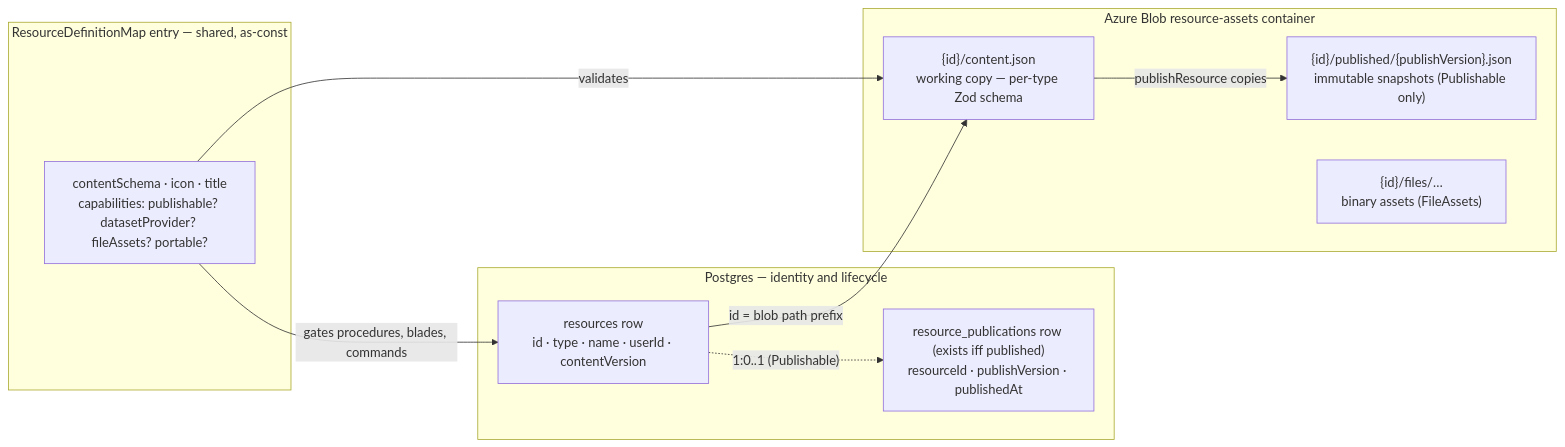
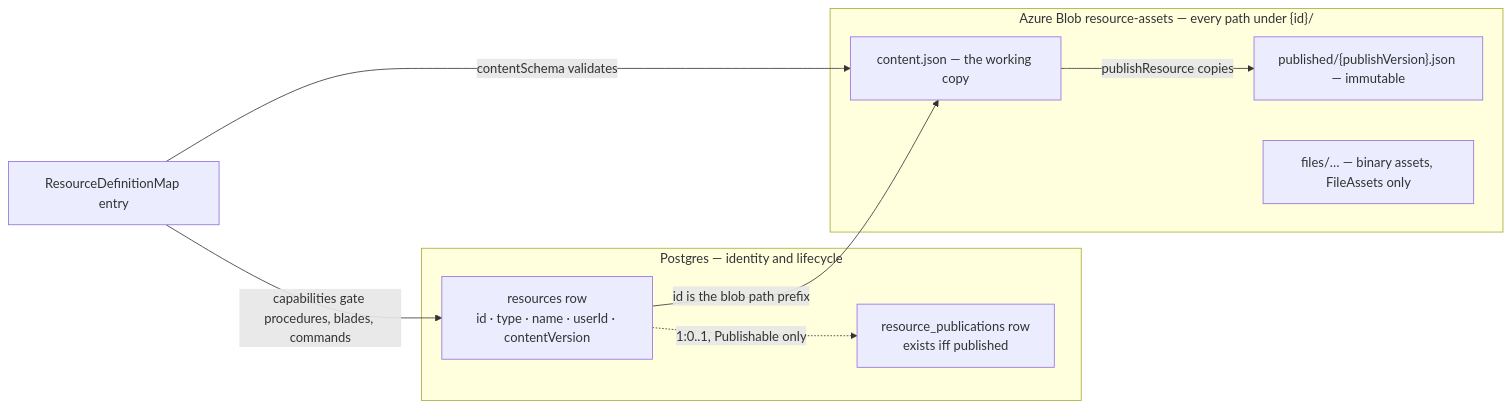
The first of 2 diagrams in packages/app/content/docs/architecture/resources.md (Esposter/Esposter), drawn with Mermaid before and after one commit. The commit also changed other lines of this file and 8 other files, not shown here.

````diff
--- a/packages/app/content/docs/architecture/resources.md
+++ b/packages/app/content/docs/architecture/resources.md
@@ -14,23 +14,21 @@
 ```mermaid
 flowchart LR
   subgraph pg [Postgres — identity and lifecycle]
     ROW["resources row<br/>id · type · name · userId · contentVersion"]
-    PUBROW["resource_publications row (exists iff published)<br/>resourceId · publishVersion · publishedAt"]
-    ROW -. "1:0..1 (Publishable)" .-> PUBROW
+    PUBROW["resource_publications row<br/>exists iff published"]
+    ROW -. "1:0..1, Publishable only" .-> PUBROW
   end
 
-  subgraph blob [Azure Blob resource-assets container]
-    CONTENT["{id}/content.json<br/>working copy — per-type Zod schema"]
-    PUB["{id}/published/{publishVersion}.json<br/>immutable snapshots (Publishable only)"]
-    FILES["{id}/files/…<br/>binary assets (FileAssets)"]
+  subgraph blob ["Azure Blob resource-assets — every path under {id}/"]
+    CONTENT["content.json — the working copy"]
+    PUB["published/{publishVersion}.json — immutable"]
+    FILES["files/… — binary assets, FileAssets only"]
   end
 
-  subgraph def [ResourceDefinitionMap entry — shared, as-const]
-    D["contentSchema · icon · title<br/>capabilities: publishable? datasetProvider? fileAssets? portable?"]
-  end
+  DEF["ResourceDefinitionMap entry"]
 
-  ROW -- "id = blob path prefix" --> CONTENT
+  ROW -- "id is the blob path prefix" --> CONTENT
   CONTENT -- "publishResource copies" --> PUB
-  D -- "validates" --> CONTENT
-  D -- "gates procedures, blades, commands" --> ROW
+  DEF -- "contentSchema validates" --> CONTENT
+  DEF -- "capabilities gate procedures, blades, commands" --> ROW
 ```
````
